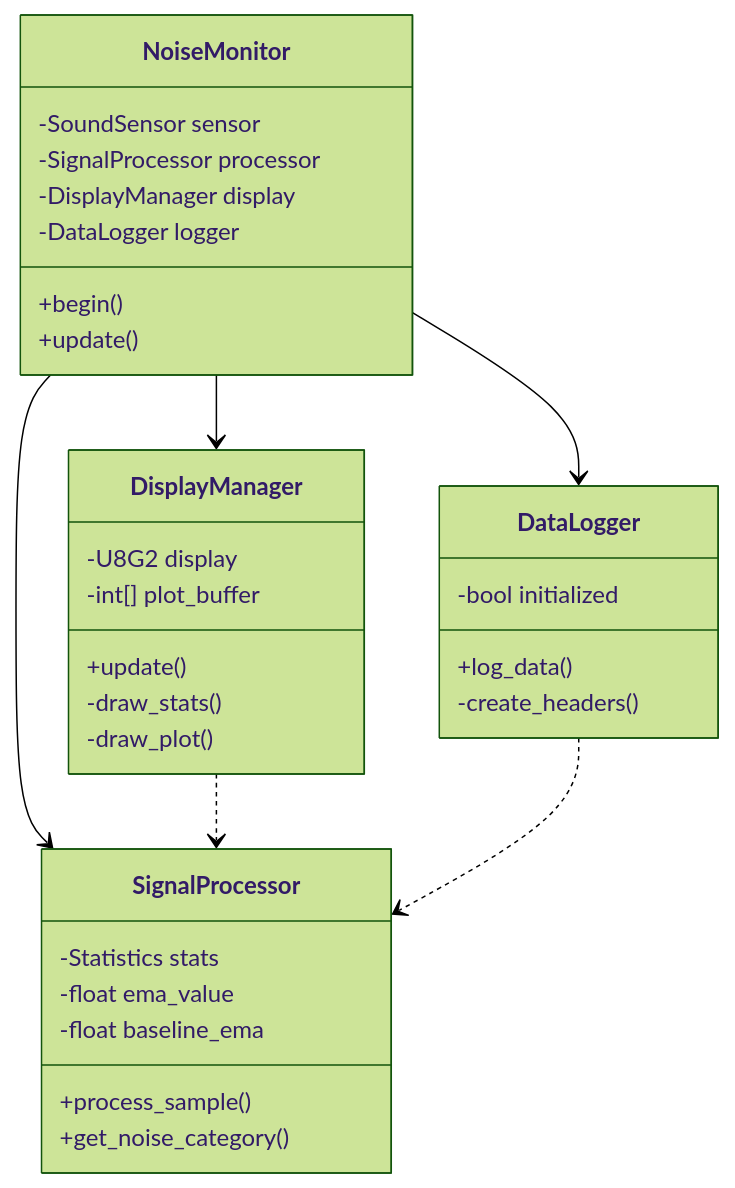
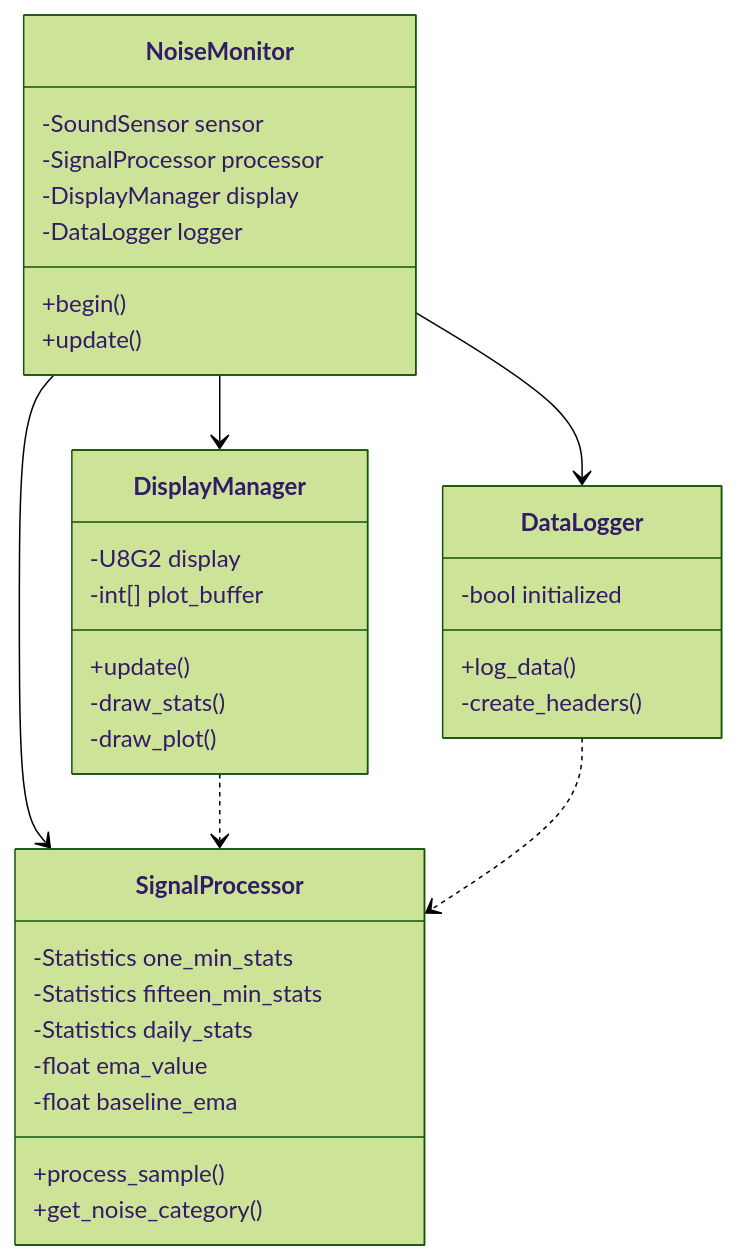
Before and after one commit to coloboxp/LoudTruth: the diagram in doc/arch.md, drawn with Mermaid (forest theme). The commit also changed 2 other files, not shown here.

Commit message:
Fixed diagrams

````diff
--- a/doc/arch.md
+++ b/doc/arch.md
@@ -1,40 +1,42 @@
 ```mermaid
 classDiagram
 class NoiseMonitor {
 -SoundSensor sensor
 -SignalProcessor processor
 -DisplayManager display
 -DataLogger logger
 +begin()
 +update()
 }
 
     class SignalProcessor {
-        -Statistics stats
+        -Statistics one_min_stats
+        -Statistics fifteen_min_stats
+        -Statistics daily_stats
         -float ema_value
         -float baseline_ema
         +process_sample()
         +get_noise_category()
     }
 
     class DisplayManager {
         -U8G2 display
         -int[] plot_buffer
         +update()
         -draw_stats()
         -draw_plot()
     }
 
     class DataLogger {
         -bool initialized
         +log_data()
         -create_headers()
     }
 
     NoiseMonitor --> SignalProcessor
     NoiseMonitor --> DisplayManager
     NoiseMonitor --> DataLogger
     DisplayManager ..> SignalProcessor
     DataLogger ..> SignalProcessor
 
 ```
````
